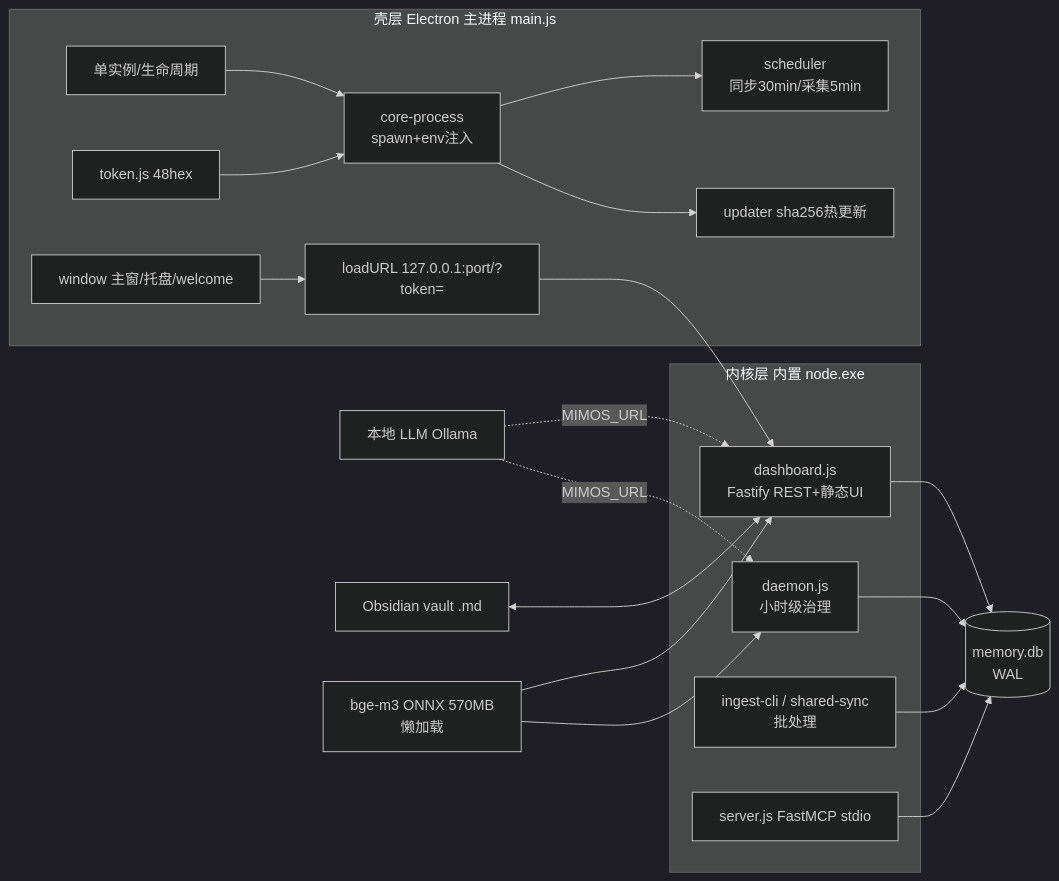
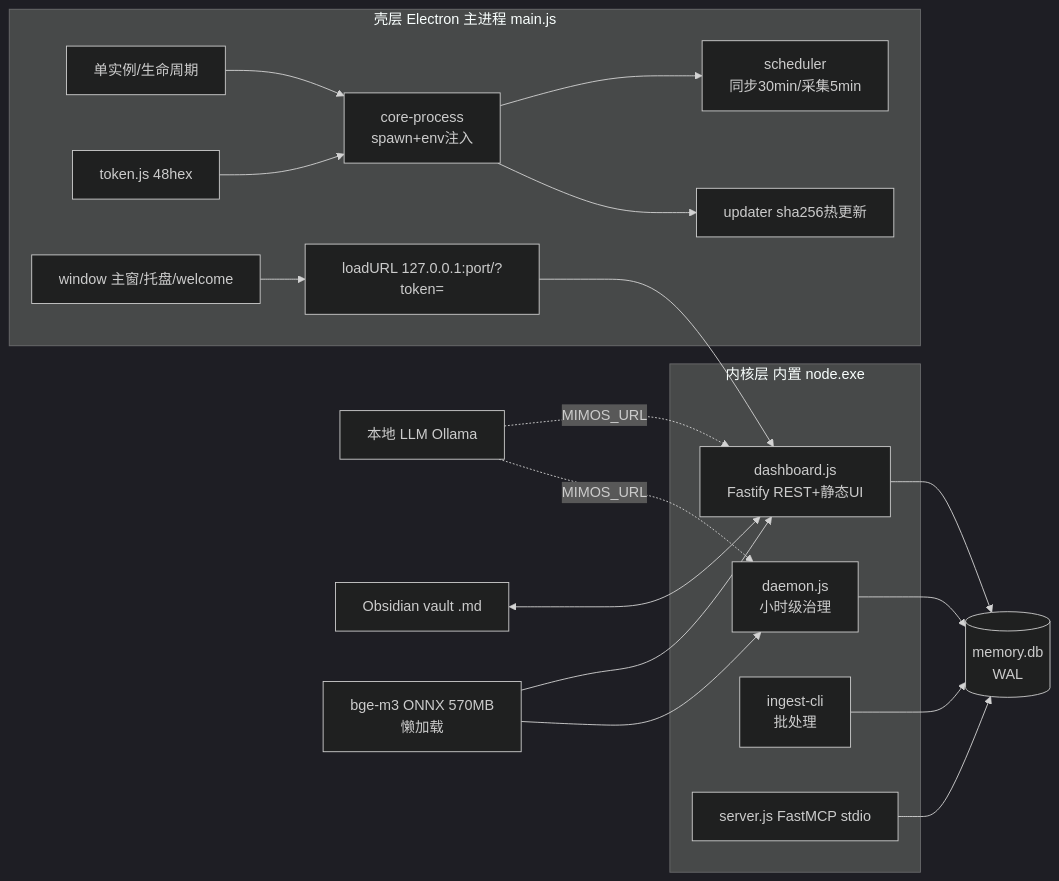
One commit to wyxp600-wep/memoryos changed the first of 4 diagrams in MemoryOS-架构与性能分析.md. Above: the diagram before and after it, drawn with Mermaid (dark theme). The commit also changed other lines of this file and 4 other files, not shown here.

First line of the commit message:
A分区: 下线 shared-sync 通道（幽灵调度+文档过时引用）

````diff
--- a/MemoryOS-架构与性能分析.md
+++ b/MemoryOS-架构与性能分析.md
@@ -56,26 +56,26 @@
 ```mermaid
 flowchart LR
   subgraph Shell["壳层 Electron 主进程 main.js"]
     LIFECYCLE[单实例/生命周期] --> CORE[core-process<br/>spawn+env注入]
     CORE --> SCHED[scheduler<br/>同步30min/采集5min]
     CORE --> UPD[updater sha256热更新]
     TOK[token.js 48hex] --> CORE
     WIN[window 主窗/托盘/welcome] --> UI_LOAD[loadURL 127.0.0.1:port/?token=]
   end
   subgraph Kernel["内核层 内置 node.exe"]
     DASH[dashboard.js<br/>Fastify REST+静态UI]
     DAEMON[daemon.js<br/>小时级治理]
-    CLI[ingest-cli / shared-sync<br/>批处理]
+    CLI[ingest-cli<br/>批处理]
     MCP[server.js FastMCP stdio]
   end
   UI_LOAD --> DASH
   DASH --> DB[(memory.db<br/>WAL)]
   DAEMON --> DB
   CLI --> DB
   MCP --> DB
   OLLAMA[本地 LLM Ollama] -.MIMOS_URL.-> DASH
   OLLAMA -.MIMOS_URL.-> DAEMON
   VAULT[Obsidian vault .md] <--> DASH
   MODEL[bge-m3 ONNX 570MB<br/>懒加载] --> DASH
   MODEL --> DAEMON
 ```
````
